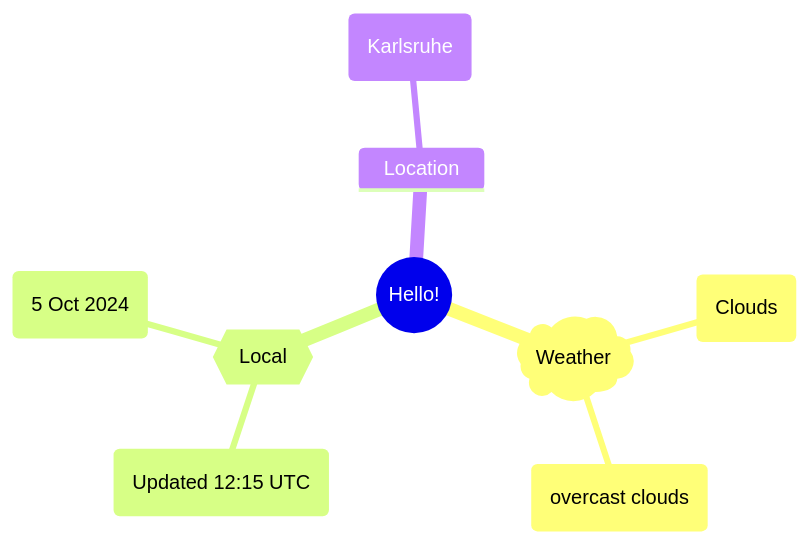
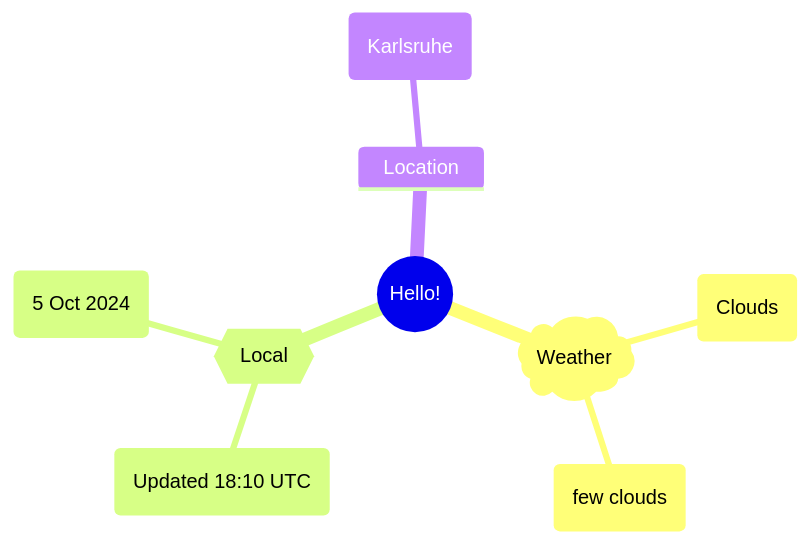
One commit to Xosrov/Xosrov changed the first of 2 diagrams in README.md. Above: the diagram before and after it, drawn with Mermaid.

Commit message:
[bot] updated images

````diff
--- a/README.md
+++ b/README.md
@@ -3,12 +3,12 @@
 ```mermaid
 mindmap
   root((Hello!))
     )Weather(
         (Clouds)
-        (overcast clouds)
+        (few clouds)
     {{Local}}
-        (Updated 12:15 UTC)
+        (Updated 18:10 UTC)
         (5 Oct 2024)
     Location
         (Karlsruhe)
 ```
````
